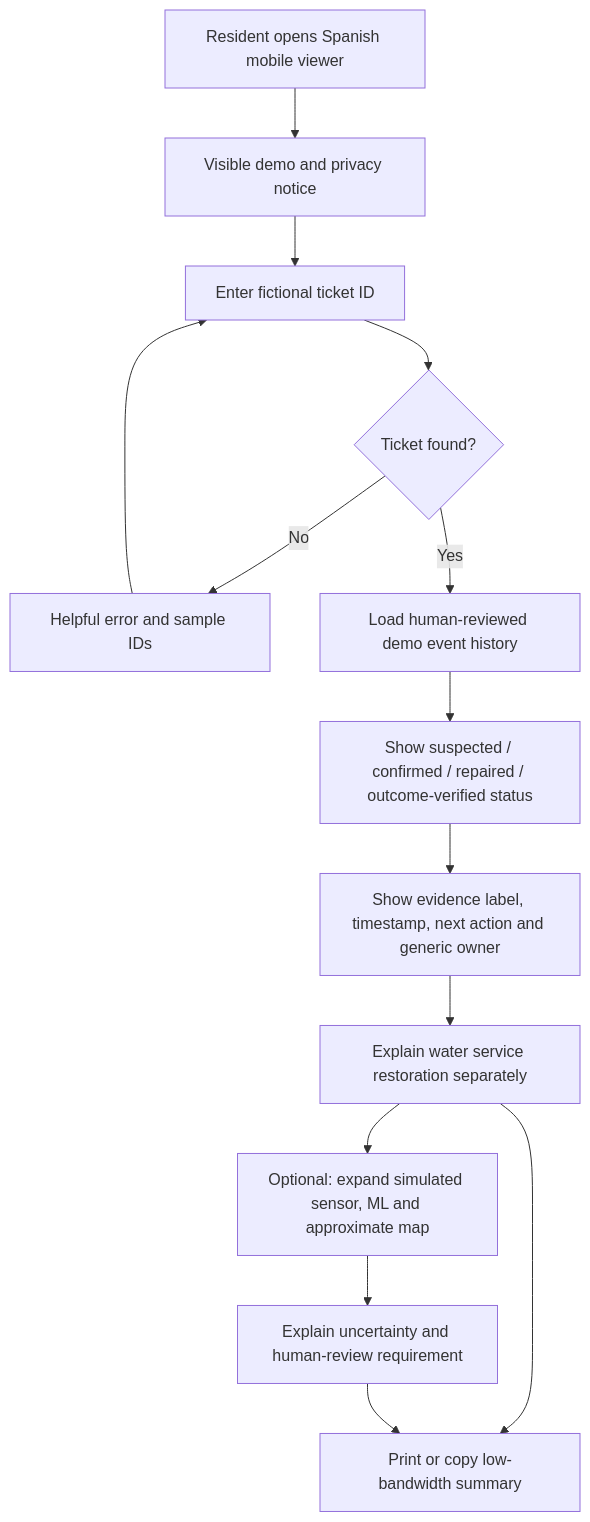
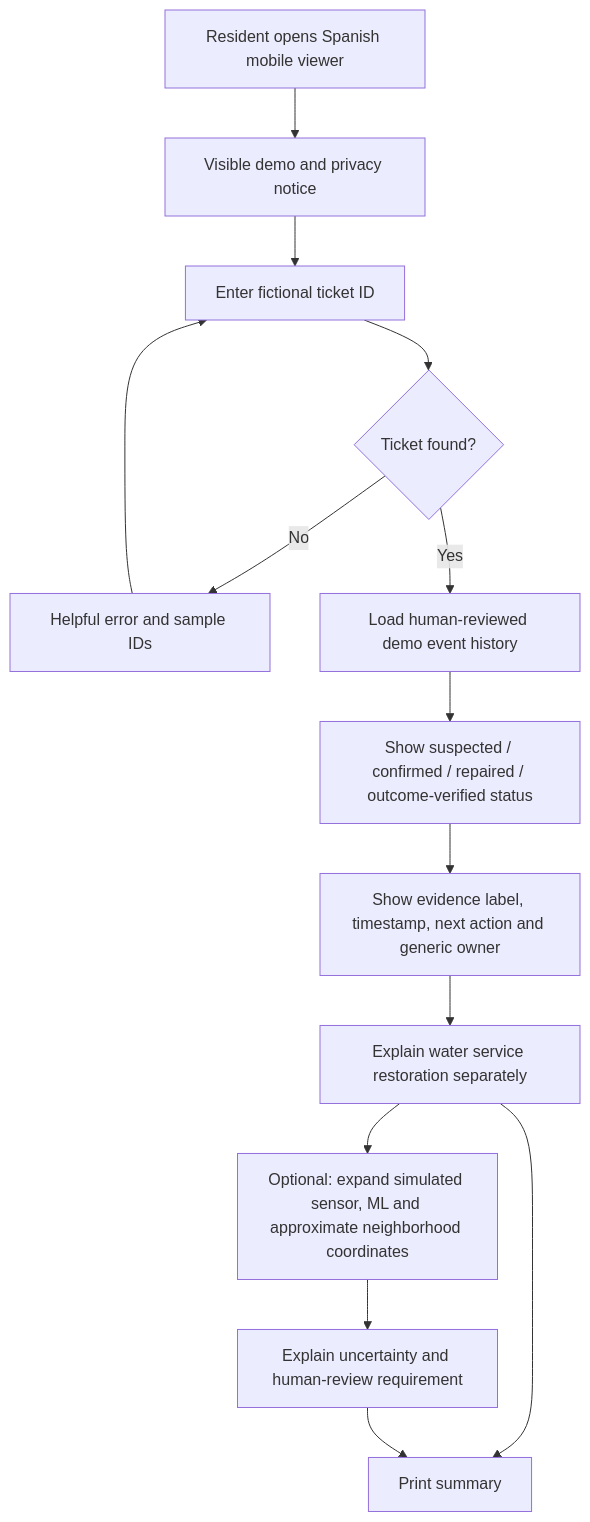
Before and after one commit to monyzaragozaa-cmd/aquarail-mx: the third of 5 diagrams in docs/PACKET.md, drawn with Mermaid. The commit also changed other lines of this file, not shown here.

````diff
--- a/docs/PACKET.md
+++ b/docs/PACKET.md
@@ -167,16 +173,16 @@
 ```mermaid
 flowchart TD
     A[Resident opens Spanish mobile viewer] --> B[Visible demo and privacy notice]
     B --> C[Enter fictional ticket ID]
     C --> D{Ticket found?}
     D -- No --> E[Helpful error and sample IDs]
     E --> C
     D -- Yes --> F[Load human-reviewed demo event history]
     F --> G[Show suspected / confirmed / repaired / outcome-verified status]
     G --> H[Show evidence label, timestamp, next action and generic owner]
     H --> I[Explain water service restoration separately]
-    I --> J[Optional: expand simulated sensor, ML and approximate map]
+    I --> J[Optional: expand simulated sensor, ML and approximate neighborhood coordinates]
     J --> K[Explain uncertainty and human-review requirement]
-    I --> L[Print or copy low-bandwidth summary]
+    I --> L[Print summary]
     K --> L
 ```
````
